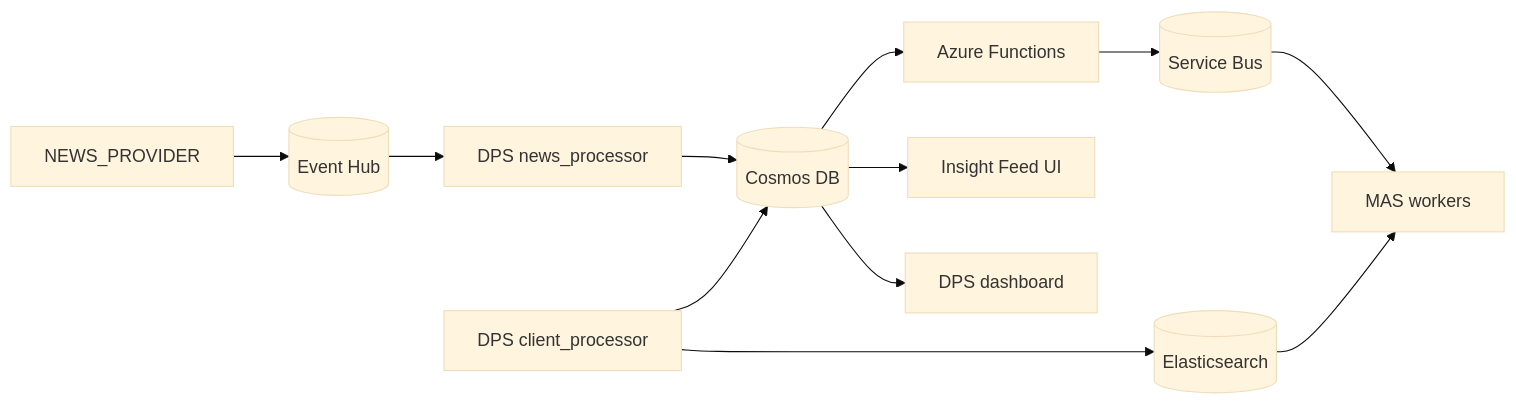
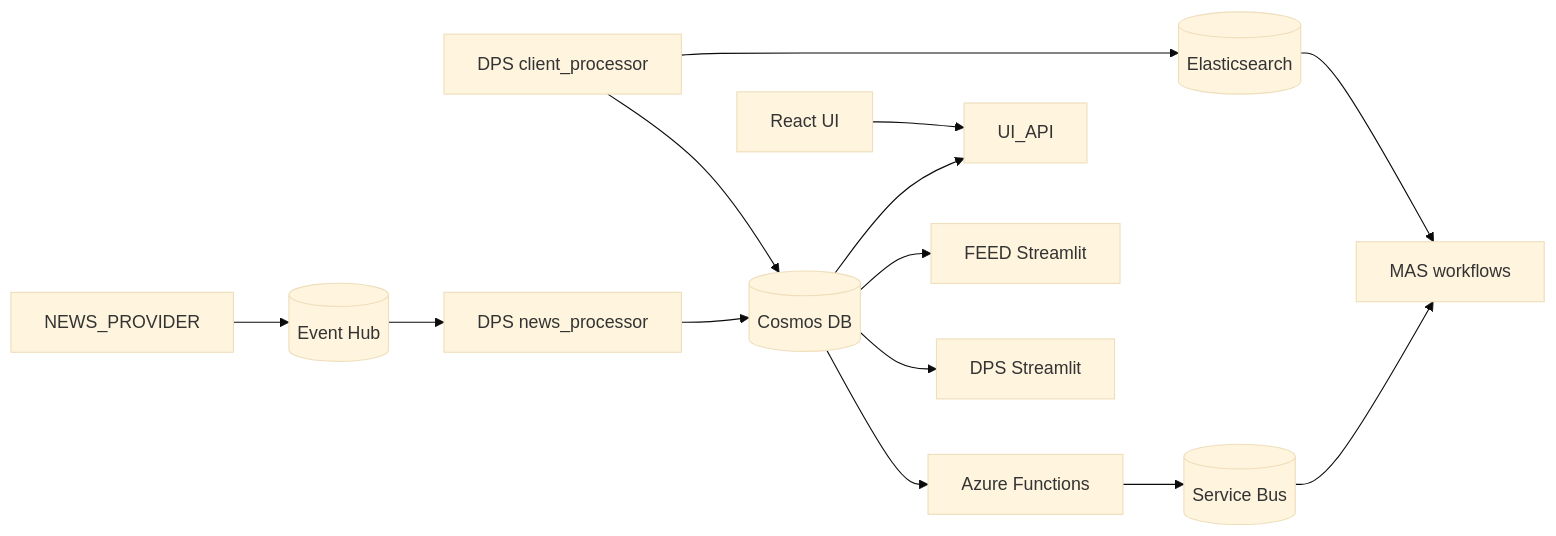
Before and after one commit to harshathv-hestabit/SMIF-Trial-v1: the diagram in README.md, drawn with Mermaid (base theme). The commit also changed other lines of this file, not shown here.

Commit message:
docs: refresh README for current architecture

````diff
--- a/README.md
+++ b/README.md
@@ -24,26 +21,30 @@
 ```mermaid
 flowchart LR
     NP[NEWS_PROVIDER]
     EH[(Event Hub)]
     DPSN[DPS news_processor]
     CDB[(Cosmos DB)]
     FUNC[Azure Functions]
     SB[(Service Bus)]
     DPSC[DPS client_processor]
     ES[(Elasticsearch)]
-    MAS[MAS workers]
-    FEED[Insight Feed UI]
-    DPSUI[DPS dashboard]
+    MAS[MAS workflows]
+    UIAPI[UI_API]
+    UI[React UI]
+    FEED[FEED Streamlit]
+    DPSUI[DPS Streamlit]
 
     NP --> EH
     EH --> DPSN
     DPSN --> CDB
     CDB --> FUNC
     FUNC --> SB
     DPSC --> CDB
     DPSC --> ES
     SB --> MAS
+    CDB --> UIAPI
+    UI --> UIAPI
     CDB --> FEED
+    CDB --> DPSUI
     ES --> MAS
-    CDB --> DPSUI
 ```
````
